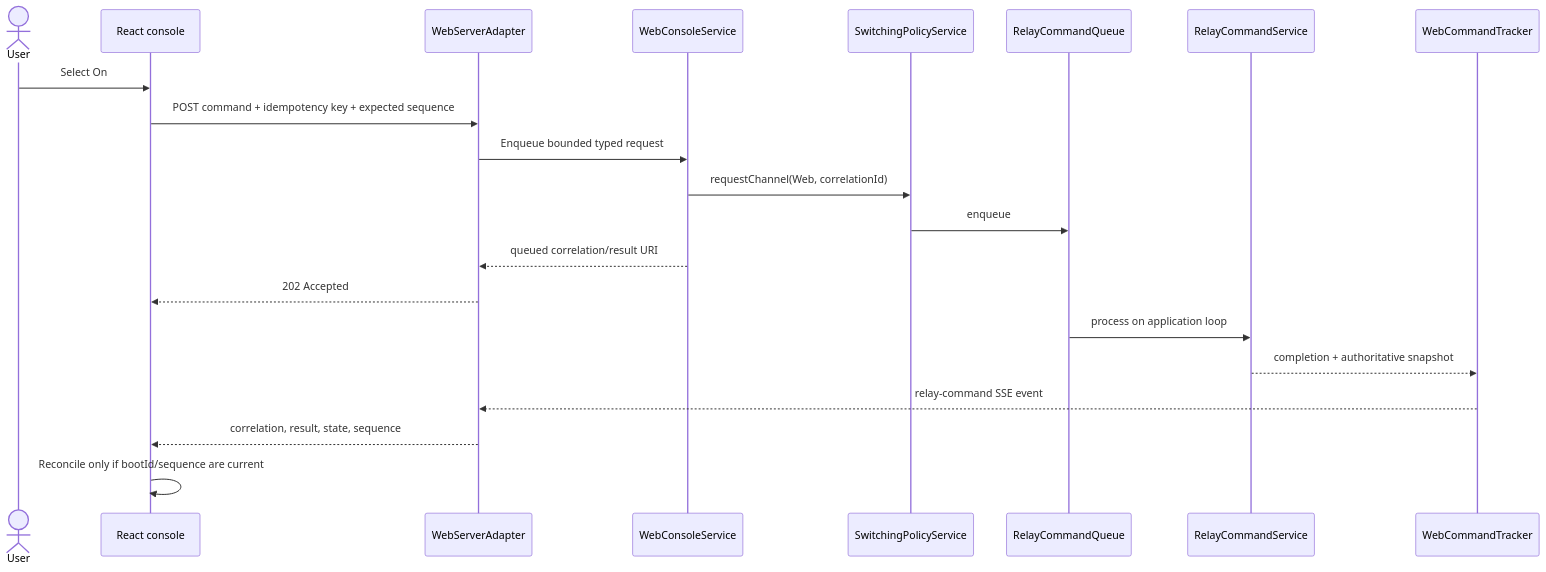
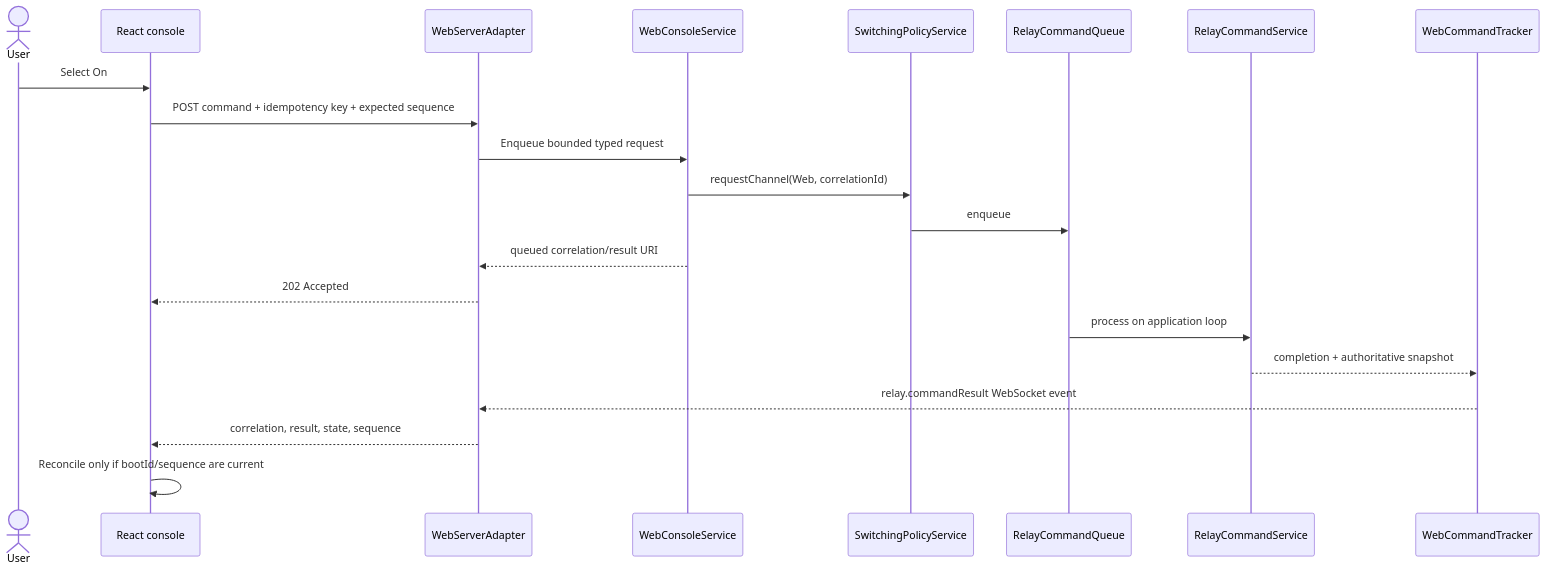
One commit to betamoojw/Waveshare_ESP32-S3-Relay-6CH changed the second of 3 diagrams in design/fontend-plan.md. Above: the diagram before and after it, drawn with Mermaid. The commit also changed other lines of this file and 70 other files, not shown here.

````diff
--- a/design/fontend-plan.md
+++ b/design/fontend-plan.md
@@ -179,24 +218,24 @@
 ```mermaid
 sequenceDiagram
 	actor User
 	participant UI as React console
 	participant HTTP as WebServerAdapter
 	participant Web as WebConsoleService
 	participant Policy as SwitchingPolicyService
 	participant Queue as RelayCommandQueue
 	participant Relay as RelayCommandService
 	participant Track as WebCommandTracker
 
 	User->>UI: Select On
 	UI->>HTTP: POST command + idempotency key + expected sequence
 	HTTP->>Web: Enqueue bounded typed request
 	Web->>Policy: requestChannel(Web, correlationId)
 	Policy->>Queue: enqueue
 	Web-->>HTTP: queued correlation/result URI
 	HTTP-->>UI: 202 Accepted
 	Queue->>Relay: process on application loop
 	Relay-->>Track: completion + authoritative snapshot
-	Track-->>HTTP: relay-command SSE event
+	Track-->>HTTP: relay.commandResult WebSocket event
 	HTTP-->>UI: correlation, result, state, sequence
 	UI->>UI: Reconcile only if bootId/sequence are current
 ```
````
